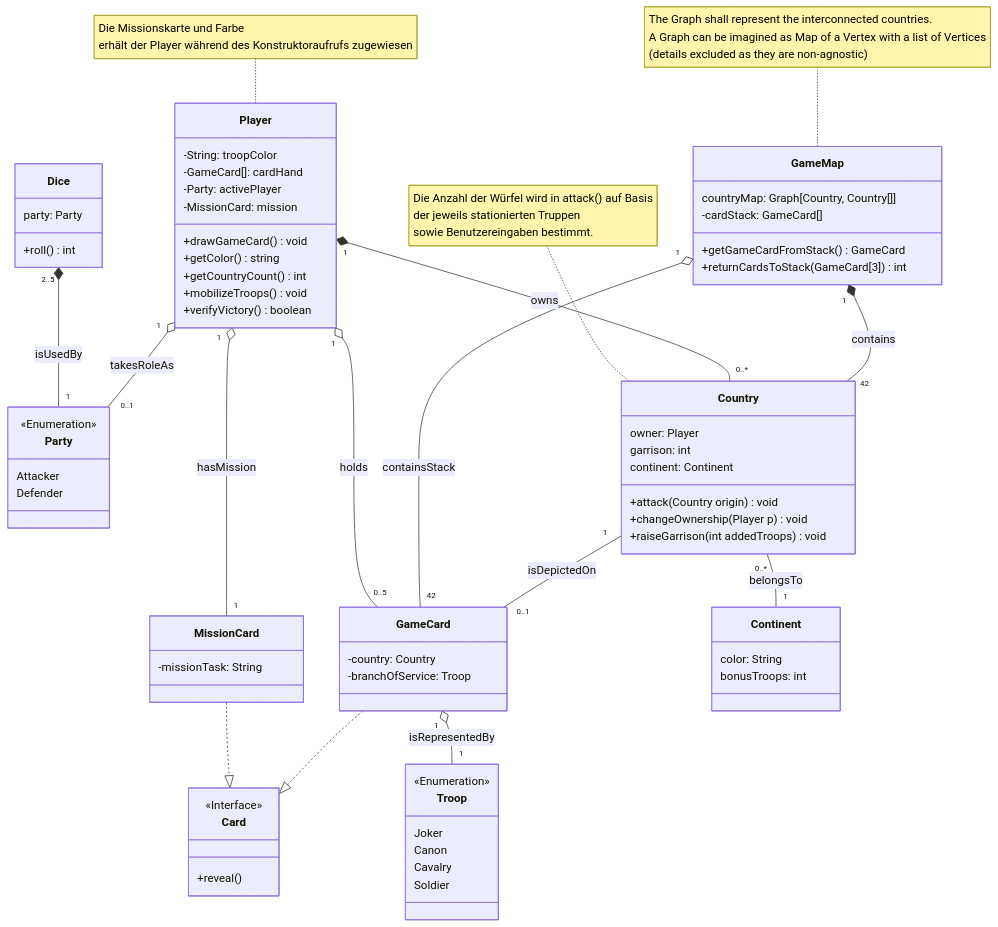
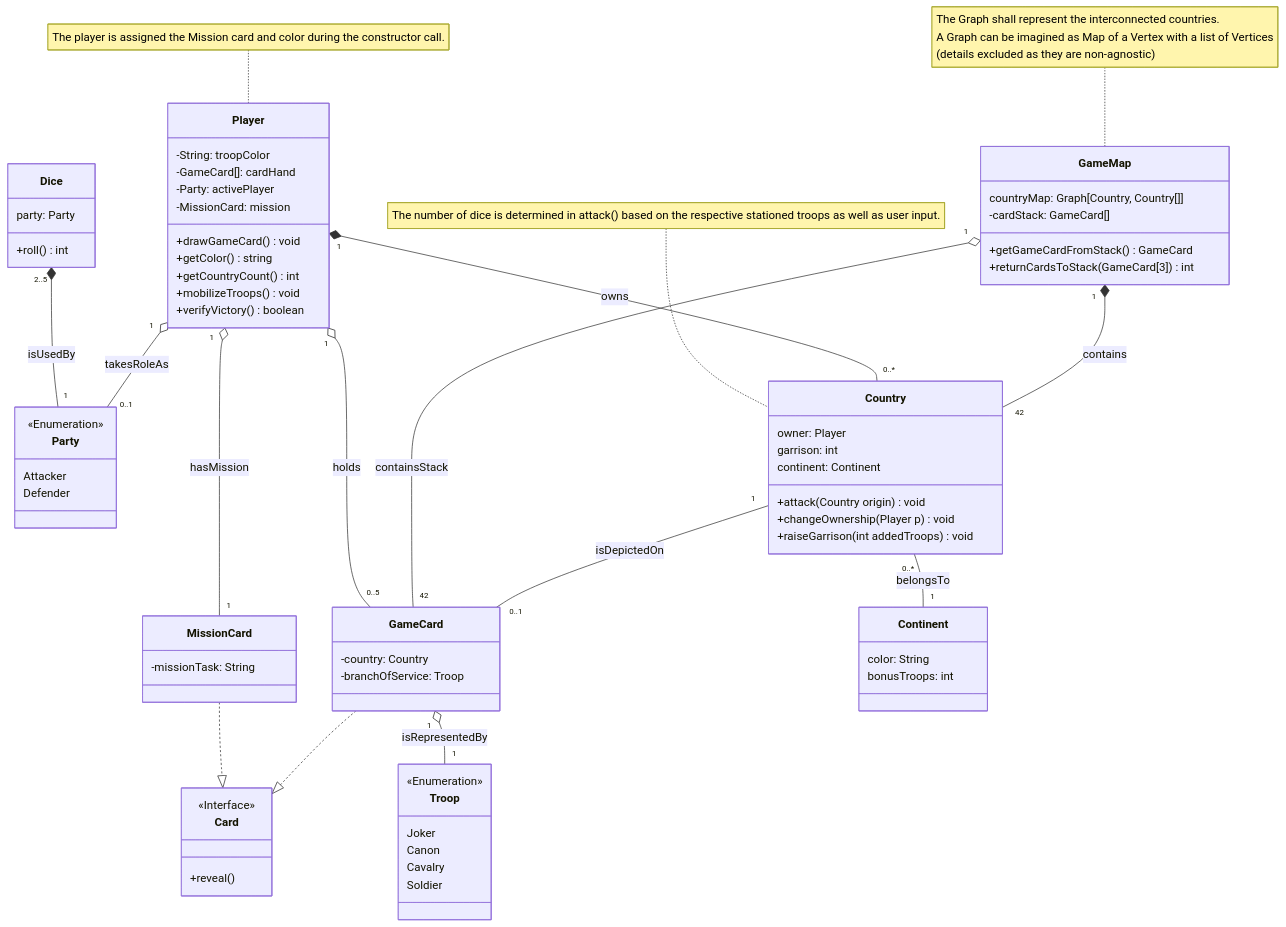
The diagram in CLASSDIAGRAM.md (Raqhael/risiko-engineering), drawn with Mermaid before and after one commit.

Commit message:
Added english notes to class diagram

````diff
--- a/CLASSDIAGRAM.md
+++ b/CLASSDIAGRAM.md
@@ -3,8 +3,7 @@
 ```mermaid
 %% Klassen
 classDiagram
-    note for Player "Die Missionskarte und Farbe
-    erhält der Player während des Konstruktoraufrufs zugewiesen"
+    note for Player "The player is assigned the Mission card and color during the constructor call."
     class Player{
         -String: troopColor
         -GameCard[]: cardHand
@@ -100,7 +99,5 @@
     A Graph can be imagined as Map of a Vertex with a list of Vertices
     (details excluded as they are non-agnostic)"
 
-    note for Country "Die Anzahl der Würfel wird in attack() auf Basis
-    der jeweils stationierten Truppen 
-    sowie Benutzereingaben bestimmt."
+    note for Country "The number of dice is determined in attack() based on the respective stationed troops as well as user input."
 ```
````
